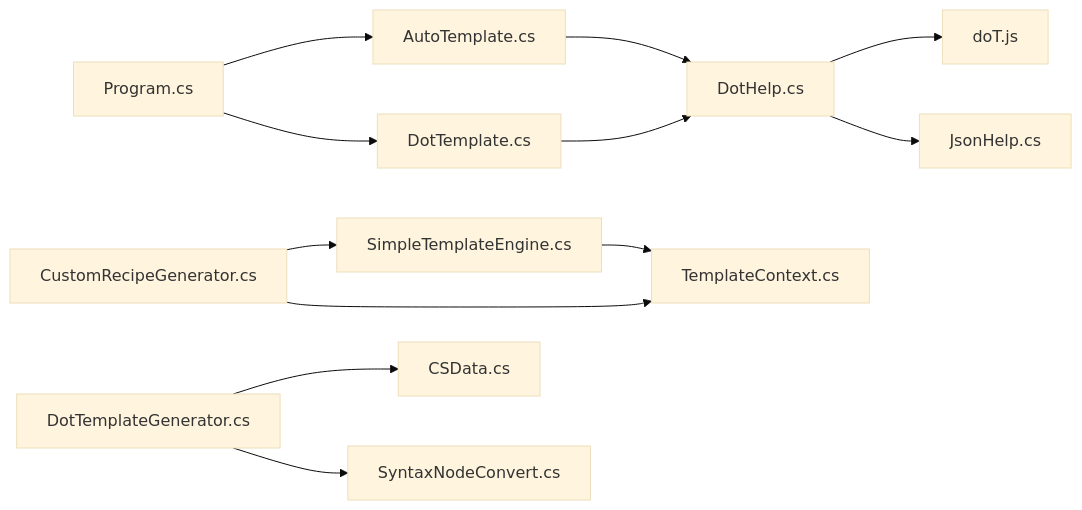
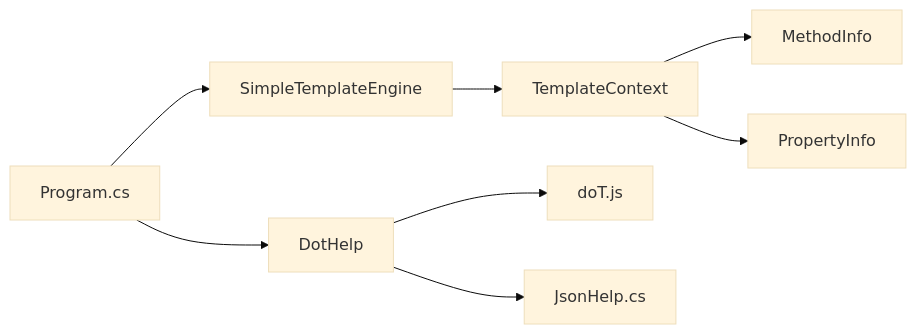
One commit to alivy/AutoCode changed the fourth of 4 diagrams in .qoder/repowiki/zh/content/模板系统/模板系统.md. Above: the diagram before and after it, drawn with Mermaid (base theme). The commit also changed other lines of this file and 183 other files, not shown here.

````diff
--- a/.qoder/repowiki/zh/content/模板系统/模板系统.md
+++ b/.qoder/repowiki/zh/content/模板系统/模板系统.md
@@ -519,14 +249,10 @@
 ```mermaid
 graph LR
-Program["Program.cs"] --> AutoTemplate["AutoTemplate.cs"]
-Program --> DotTemplate["DotTemplate.cs"]
-AutoTemplate --> DotHelp["DotHelp.cs"]
-DotTemplate --> DotHelp
-DotHelp --> doTjs["doT.js"]
-DotHelp --> JsonHelp["JsonHelp.cs"]
-CustomRecipeGenerator["CustomRecipeGenerator.cs"] --> SimpleTemplateEngine["SimpleTemplateEngine.cs"]
-CustomRecipeGenerator --> TemplateContext["TemplateContext.cs"]
-SimpleTemplateEngine --> TemplateContext
-DotTemplateGenerator["DotTemplateGenerator.cs"] --> CSData["CSData.cs"]
-DotTemplateGenerator --> SyntaxNodeConvert["SyntaxNodeConvert.cs"]
+Program["Program.cs"] --> SimpleEngine["SimpleTemplateEngine"]
+Program --> DotHelper["DotHelp"]
+SimpleEngine --> TemplateContext["TemplateContext"]
+DotHelper --> doTjs["doT.js"]
+DotHelper --> JsonHelp["JsonHelp.cs"]
+TemplateContext --> MethodInfo["MethodInfo"]
+TemplateContext --> PropertyInfo["PropertyInfo"]
 ```
````
